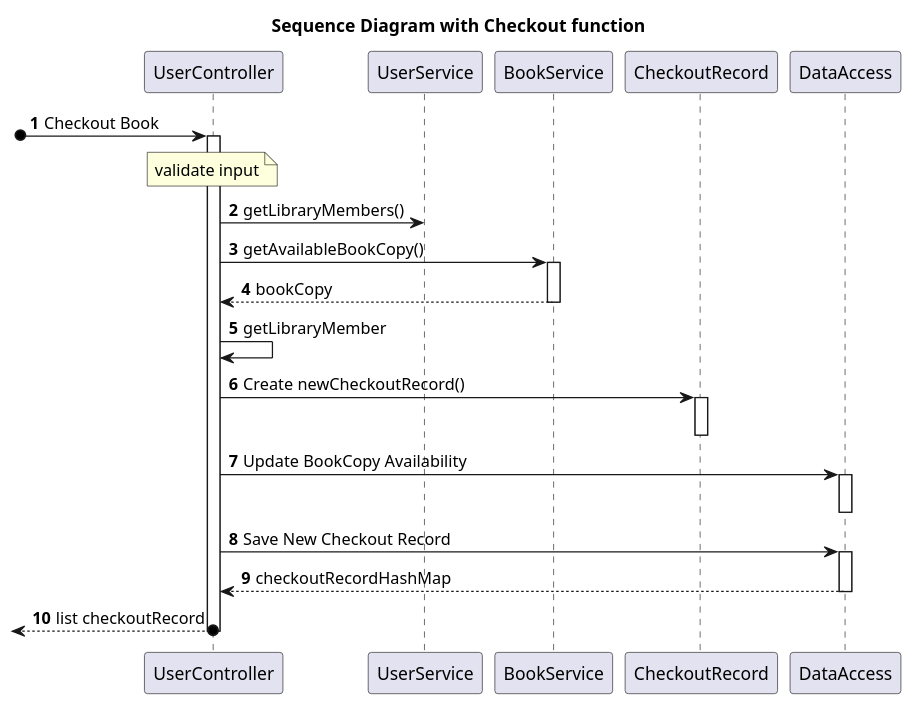
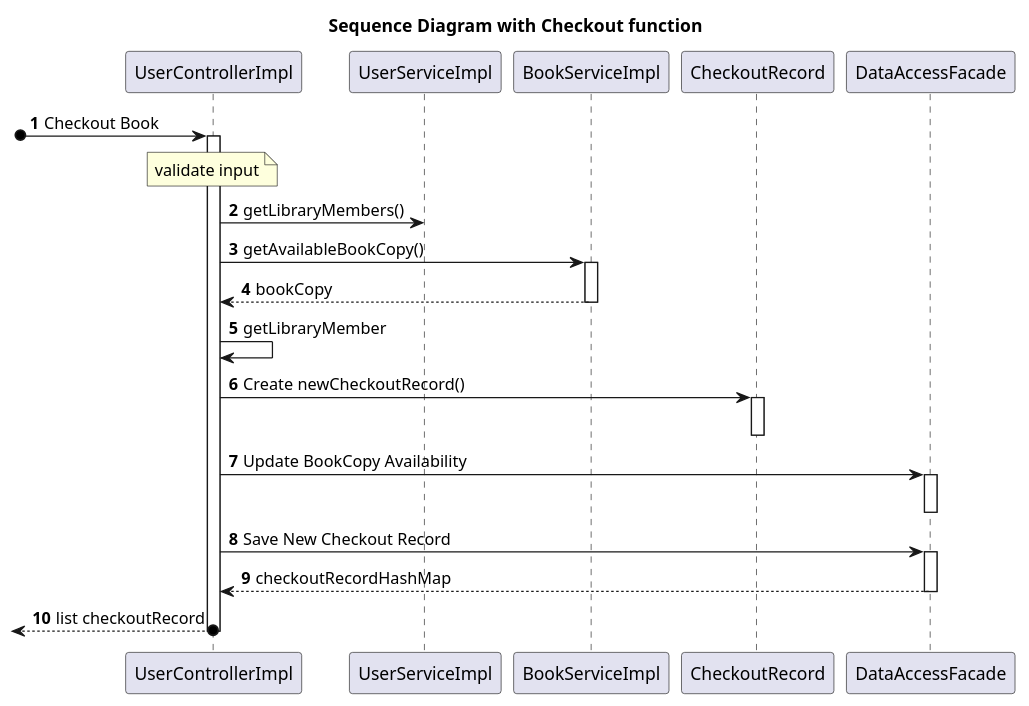
One commit to anhvu2889/miu-cs401-mpp changed the diagram in mpp-cs401/src/midterm/diagram/checkout.puml. Above: the diagram before and after it, drawn with PlantUML. The commit also changed 6 other files, not shown here.

Commit message:
Add slide Fix sequence diagrams

```diff
--- a/mpp-cs401/src/midterm/diagram/checkout.puml
+++ b/mpp-cs401/src/midterm/diagram/checkout.puml
@@ -1,33 +1,33 @@
 @startuml
 
 title Sequence Diagram with Checkout function
 
 autonumber
 
-participant "UserController" as uc
-participant "UserService" as us
-participant "BookService" as bs
+participant "UserControllerImpl" as uc
+participant "UserServiceImpl" as us
+participant "BookServiceImpl" as bs
 participant "CheckoutRecord" as cr
-participant "DataAccess" as da
+participant "DataAccessFacade" as da
 
 [o-> uc++: Checkout Book
 
 note over uc: validate input
 uc -> us: getLibraryMembers()
 uc -> bs++: getAvailableBookCopy()
 return bookCopy
 
 uc -> uc: getLibraryMember
 
 uc -> cr++: Create newCheckoutRecord()
 deactivate cr
 
 uc -> da++: Update BookCopy Availability
 deactivate da
 
 uc -> da++: Save New Checkout Record
 return checkoutRecordHashMap
 
 return list checkoutRecord
 
 @enduml
```
